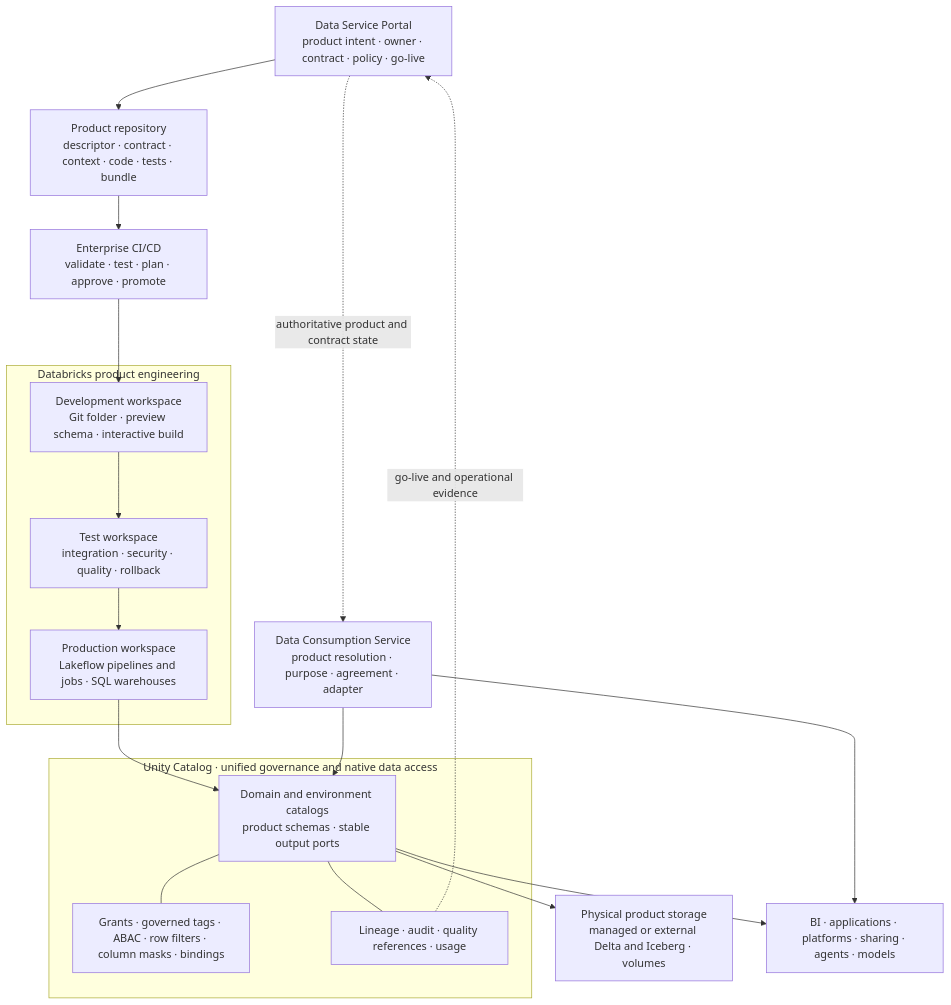
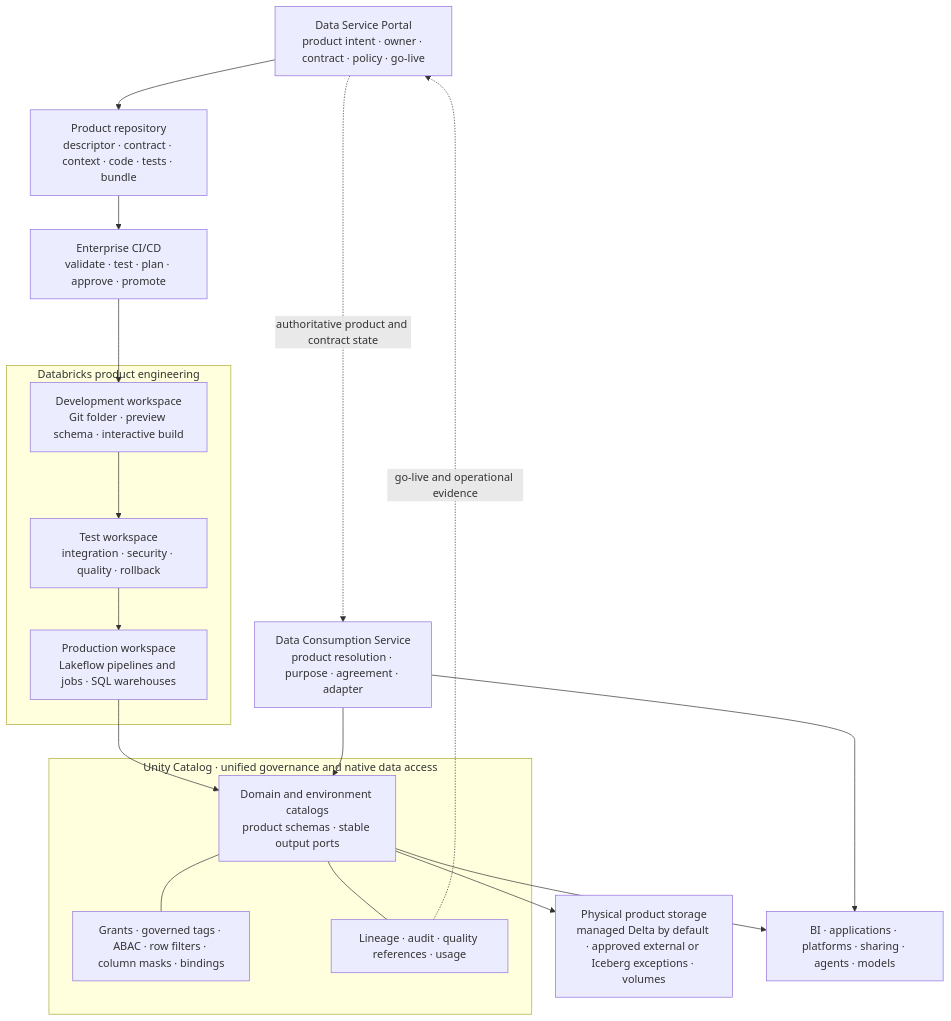
Before and after one commit to cong78/data-foundation-architecture: the first of 4 diagrams in docs/architecture/data-product-creation-design.md, drawn with Mermaid. The commit also changed other lines of this file and 12 other files, not shown here.

Commit message:
Standardize Unity Catalog and Delta storage

````diff
--- a/docs/architecture/data-product-creation-design.md
+++ b/docs/architecture/data-product-creation-design.md
@@ -23,34 +23,34 @@
 ```mermaid
 flowchart TB
     INTENT["Data Service Portal<br/>product intent · owner · contract · policy · go-live"]
     REPO["Product repository<br/>descriptor · contract · context · code · tests · bundle"]
     CICD["Enterprise CI/CD<br/>validate · test · plan · approve · promote"]
 
     subgraph WORKSPACES["Databricks product engineering"]
         DEV["Development workspace<br/>Git folder · preview schema · interactive build"]
         TEST["Test workspace<br/>integration · security · quality · rollback"]
         PROD["Production workspace<br/>Lakeflow pipelines and jobs · SQL warehouses"]
     end
 
     subgraph UC["Unity Catalog · unified governance and native data access"]
         CATALOG["Domain and environment catalogs<br/>product schemas · stable output ports"]
         CONTROL["Grants · governed tags · ABAC · row filters · column masks · bindings"]
         EVIDENCE["Lineage · audit · quality references · usage"]
     end
 
-    STORAGE["Physical product storage<br/>managed or external Delta and Iceberg · volumes"]
+    STORAGE["Physical product storage<br/>managed Delta by default · approved external or Iceberg exceptions · volumes"]
     ACCESS["Data Consumption Service<br/>product resolution · purpose · agreement · adapter"]
     CONSUMERS["BI · applications · platforms · sharing · agents · models"]
 
     INTENT --> REPO --> CICD
     CICD --> DEV --> TEST --> PROD
     PROD --> CATALOG
     CATALOG --- CONTROL
     CATALOG --- EVIDENCE
     CATALOG --> STORAGE
     ACCESS --> CATALOG
     ACCESS --> CONSUMERS
     CATALOG --> CONSUMERS
     INTENT -. "authoritative product and contract state" .-> ACCESS
     EVIDENCE -. "go-live and operational evidence" .-> INTENT
 ```
````
